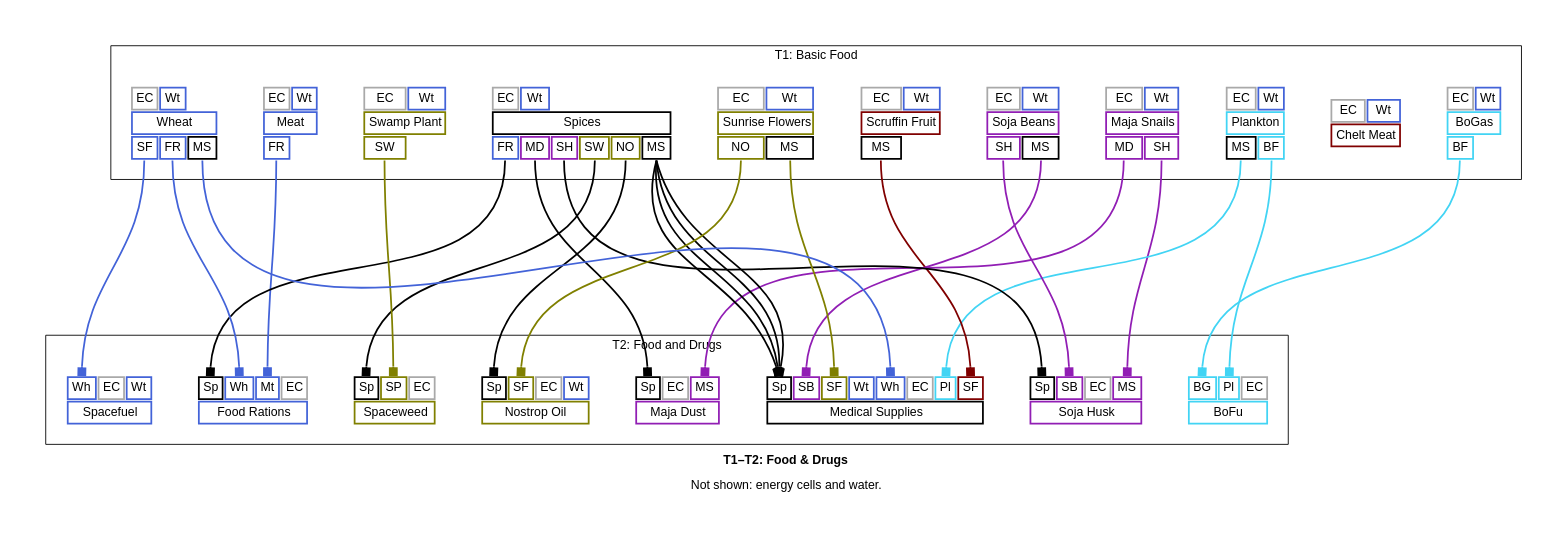
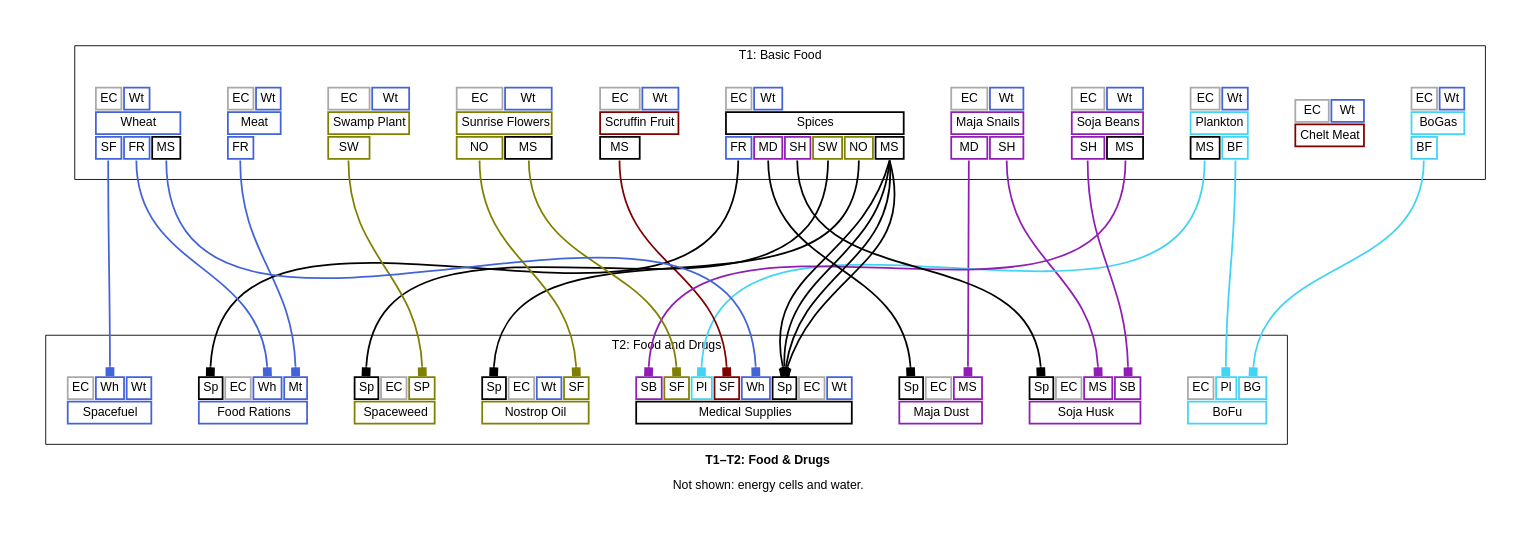
The diagram in docs/t1_t2_food_drugs_graph_simplified.dot (borntyping/x4-diagrams), drawn with Graphviz before and after one commit. The commit also changed other lines of this file and 66 other files, not shown here.

```diff
--- a/docs/t1_t2_food_drugs_graph_simplified.dot
+++ b/docs/t1_t2_food_drugs_graph_simplified.dot
@@ -264,11 +264,11 @@
   
     <tr>
       
-        <td align="text" bgcolor="white" color="#42d4f4" port="bogas">BG</td>
+        <td align="text" bgcolor="white" color="#a9a9a9" port="energy_cells">EC</td>
       
         <td align="text" bgcolor="white" color="#42d4f4" port="plankton">Pl</td>
       
-        <td align="text" bgcolor="white" color="#a9a9a9" port="energy_cells">EC</td>
+        <td align="text" bgcolor="white" color="#42d4f4" port="bogas">BG</td>
       
     </tr>
   
@@ -283,11 +283,11 @@
       
         <td align="text" bgcolor="white" color="#000000" port="spices">Sp</td>
       
+        <td align="text" bgcolor="white" color="#a9a9a9" port="energy_cells">EC</td>
+      
         <td align="text" bgcolor="white" color="#4363d8" port="wheat">Wh</td>
       
         <td align="text" bgcolor="white" color="#4363d8" port="meat">Mt</td>
-      
-        <td align="text" bgcolor="white" color="#a9a9a9" port="energy_cells">EC</td>
       
     </tr>
   
@@ -317,21 +317,21 @@
   
     <tr>
       
-        <td align="text" bgcolor="white" color="#000000" port="spices">Sp</td>
-      
         <td align="text" bgcolor="white" color="#911eb4" port="soja_beans">SB</td>
       
         <td align="text" bgcolor="white" color="#808000" port="sunrise_flowers">SF</td>
       
-        <td align="text" bgcolor="white" color="#4363d8" port="water">Wt</td>
+        <td align="text" bgcolor="white" color="#42d4f4" port="plankton">Pl</td>
+      
+        <td align="text" bgcolor="white" color="#800000" port="scruffin_fruits">SF</td>
       
         <td align="text" bgcolor="white" color="#4363d8" port="wheat">Wh</td>
       
+        <td align="text" bgcolor="white" color="#000000" port="spices">Sp</td>
+      
         <td align="text" bgcolor="white" color="#a9a9a9" port="energy_cells">EC</td>
       
-        <td align="text" bgcolor="white" color="#42d4f4" port="plankton">Pl</td>
-      
-        <td align="text" bgcolor="white" color="#800000" port="scruffin_fruits">SF</td>
+        <td align="text" bgcolor="white" color="#4363d8" port="water">Wt</td>
       
     </tr>
   
@@ -346,11 +346,11 @@
       
         <td align="text" bgcolor="white" color="#000000" port="spices">Sp</td>
       
-        <td align="text" bgcolor="white" color="#808000" port="sunrise_flowers">SF</td>
-      
         <td align="text" bgcolor="white" color="#a9a9a9" port="energy_cells">EC</td>
       
         <td align="text" bgcolor="white" color="#4363d8" port="water">Wt</td>
+      
+        <td align="text" bgcolor="white" color="#808000" port="sunrise_flowers">SF</td>
       
     </tr>
   
@@ -365,11 +365,11 @@
       
         <td align="text" bgcolor="white" color="#000000" port="spices">Sp</td>
       
-        <td align="text" bgcolor="white" color="#911eb4" port="soja_beans">SB</td>
-      
         <td align="text" bgcolor="white" color="#a9a9a9" port="energy_cells">EC</td>
       
         <td align="text" bgcolor="white" color="#911eb4" port="maja_snails">MS</td>
+      
+        <td align="text" bgcolor="white" color="#911eb4" port="soja_beans">SB</td>
       
     </tr>
   
@@ -382,9 +382,9 @@
   
     <tr>
       
+        <td align="text" bgcolor="white" color="#a9a9a9" port="energy_cells">EC</td>
+      
         <td align="text" bgcolor="white" color="#4363d8" port="wheat">Wh</td>
-      
-        <td align="text" bgcolor="white" color="#a9a9a9" port="energy_cells">EC</td>
       
         <td align="text" bgcolor="white" color="#4363d8" port="water">Wt</td>
       
@@ -401,9 +401,9 @@
       
         <td align="text" bgcolor="white" color="#000000" port="spices">Sp</td>
       
+        <td align="text" bgcolor="white" color="#a9a9a9" port="energy_cells">EC</td>
+      
         <td align="text" bgcolor="white" color="#808000" port="swamp_plant">SP</td>
-      
-        <td align="text" bgcolor="white" color="#a9a9a9" port="energy_cells">EC</td>
       
     </tr>
   
```
